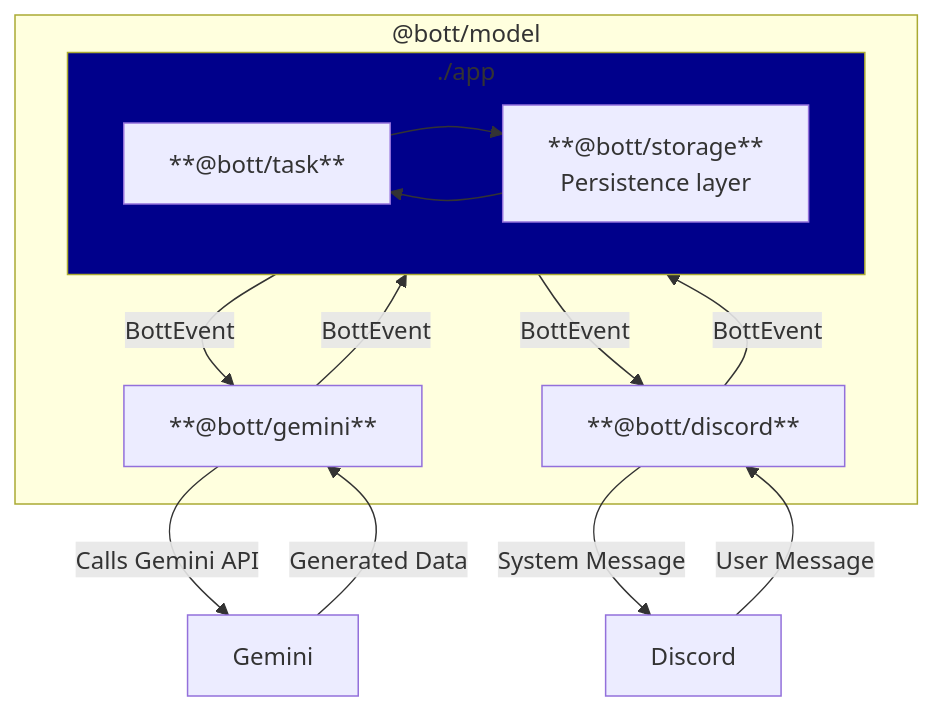
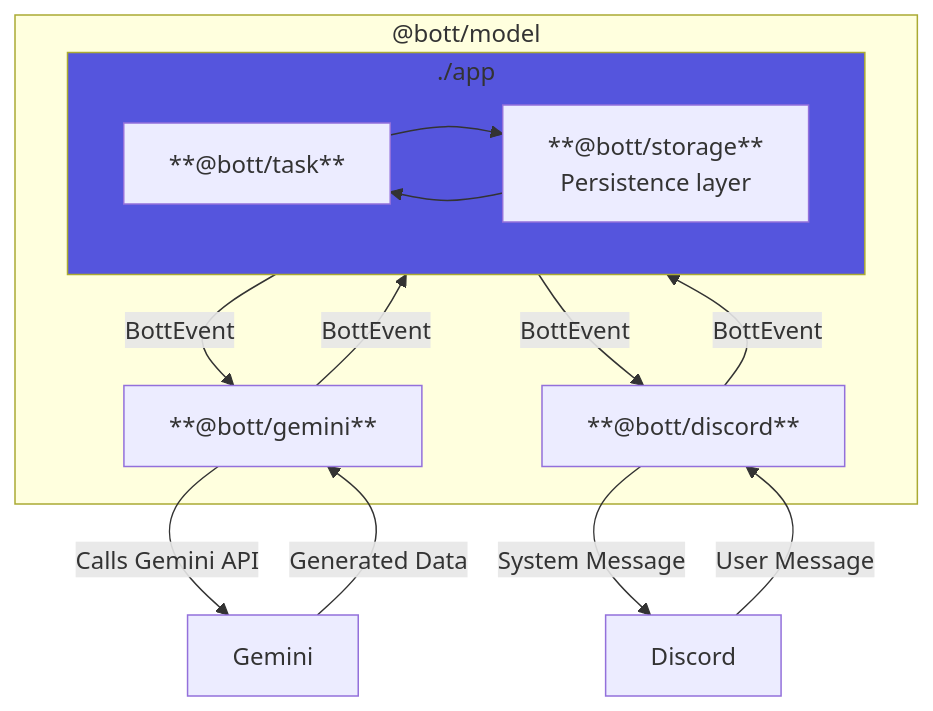
The diagram in README.md (daniellacosse/Bott), drawn with Mermaid before and after one commit. The commit also changed other lines of this file, not shown here.

````diff
--- a/README.md
+++ b/README.md
@@ -157,28 +165,28 @@
 ```mermaid
 graph TD
   subgraph "@bott/model"
     BottDiscord["**@bott/discord**"]
     
     subgraph App["./app"]
       BottAppLayer["**@bott/task**"]
       BottDataLayer["**@bott/storage**<br>Persistence layer"]
       
       BottAppLayer --> BottDataLayer
       BottDataLayer --> BottAppLayer
     end
     
     BottGemini["**@bott/gemini**"]
   end
 
   %% Flow from Discord User to Bot and back
   Discord -- "User Message" --> BottDiscord
   BottDiscord -- "BottEvent" --> App
   App -- "BottEvent" --> BottGemini
   BottGemini -- "Calls Gemini API" --> Gemini
   Gemini -- "Generated Data" --> BottGemini
   BottGemini -- "BottEvent" --> App
   App -- "BottEvent" --> BottDiscord
   BottDiscord -- "System Message" --> Discord
 
-  style App fill:darkblue;
+  style App fill:#5555DD;
 ```
````
